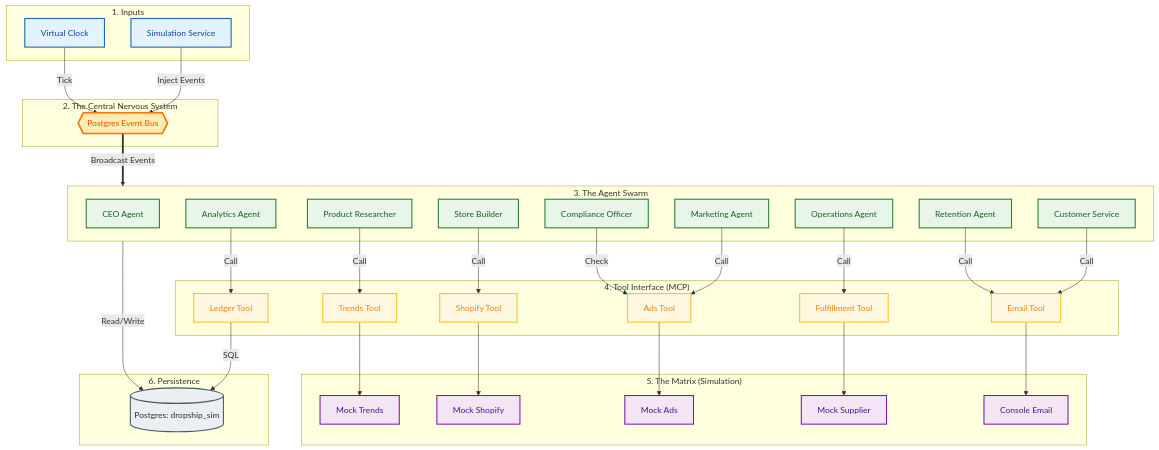
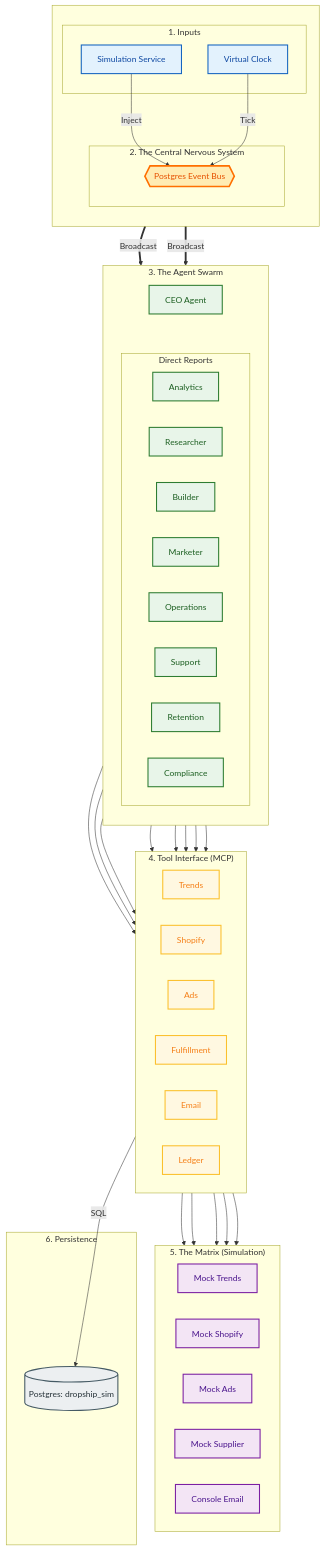
One commit to andylelli/ds1 changed the first of 2 diagrams in Documentation/Reference/ENVIRONMENT_SIMULATION_V_LIVE.md. Above: the diagram before and after it, drawn with Mermaid.

````diff
--- a/Documentation/Reference/ENVIRONMENT_SIMULATION_V_LIVE.md
+++ b/Documentation/Reference/ENVIRONMENT_SIMULATION_V_LIVE.md
@@ -32,37 +32,51 @@
   classDef mock fill:#f3e5f5,stroke:#7b1fa2,stroke-width:2px,color:#4a148c;
   classDef db fill:#eceff1,stroke:#455a64,stroke-width:2px,color:#263238;
 
-  subgraph Triggers ["1. Inputs"]
-    SimService[Simulation Service]:::trigger
-    Clock[Virtual Clock]:::trigger
+  %% --- TOP SECTION: CENTRAL CONTROL ---
+  subgraph Head [" "]
+    direction TB
+    
+    subgraph Triggers ["1. Inputs"]
+      SimService[Simulation Service]:::trigger
+      Clock[Virtual Clock]:::trigger
+    end
+
+    subgraph Central ["2. The Central Nervous System"]
+      Bus{{Postgres Event Bus}}:::hub
+    end
   end
 
-  subgraph Central ["2. The Central Nervous System"]
-    Bus{{Postgres Event Bus}}:::hub
+  %% --- MIDDLE SECTION: THE WORKFORCE ---
+  subgraph Swarm ["3. The Agent Swarm"]
+    direction TB
+    CEO[CEO Agent]:::agent
+    
+    subgraph Team ["Direct Reports"]
+      direction LR
+      Analytics[Analytics]:::agent
+      Researcher[Researcher]:::agent
+      Builder[Builder]:::agent
+      Marketer[Marketer]:::agent
+      Ops[Operations]:::agent
+      CS[Support]:::agent
+      Retention[Retention]:::agent
+      Compliance[Compliance]:::agent
+    end
   end
 
-  subgraph Swarm ["3. The Agent Swarm"]
-    CEO[CEO Agent]:::agent
-    Analytics[Analytics Agent]:::agent
-    Researcher[Product Researcher]:::agent
-    Builder[Store Builder]:::agent
-    Marketer[Marketing Agent]:::agent
-    Ops[Operations Agent]:::agent
-    CS[Customer Service]:::agent
-    Retention[Retention Agent]:::agent
-    Compliance[Compliance Officer]:::agent
-  end
-
+  %% --- BOTTOM SECTION: TOOLS & DATA ---
   subgraph MCP ["4. Tool Interface (MCP)"]
-    TrendsTool[Trends Tool]:::mcp
-    ShopTool[Shopify Tool]:::mcp
-    AdsTool[Ads Tool]:::mcp
-    FulfillTool[Fulfillment Tool]:::mcp
-    EmailTool[Email Tool]:::mcp
-    LedgerTool[Ledger Tool]:::mcp
+    direction LR
+    TrendsTool[Trends]:::mcp
+    ShopTool[Shopify]:::mcp
+    AdsTool[Ads]:::mcp
+    FulfillTool[Fulfillment]:::mcp
+    EmailTool[Email]:::mcp
+    LedgerTool[Ledger]:::mcp
   end
 
   subgraph Mocks ["5. The Matrix (Simulation)"]
+    direction LR
     MockTrends[Mock Trends]:::mock
     MockShop[Mock Shopify]:::mock
     MockAds[Mock Ads]:::mock
@@ -75,19 +89,23 @@
   end
 
   %% Wiring
-  SimService -->|Inject Events| Bus
+  SimService -->|Inject| Bus
   Clock -->|Tick| Bus
-  Bus ==>|Broadcast Events| Swarm
+  Bus ==>|Broadcast| CEO
+  Bus ==>|Broadcast| Team
+
+  %% Org Chart Visuals
+  CEO ~~~ Team
 
   %% Agent -> Tool Connections
-  Researcher -->|Call| TrendsTool
-  Builder -->|Call| ShopTool
-  Marketer -->|Call| AdsTool
-  Ops -->|Call| FulfillTool
-  CS -->|Call| EmailTool
-  Retention -->|Call| EmailTool
-  Analytics -->|Call| LedgerTool
-  Compliance -->|Check| AdsTool
+  Researcher --> TrendsTool
+  Builder --> ShopTool
+  Marketer --> AdsTool
+  Ops --> FulfillTool
+  CS --> EmailTool
+  Retention --> EmailTool
+  Analytics --> LedgerTool
+  Compliance --> AdsTool
 
   %% Tool -> Mock Connections
   TrendsTool --> MockTrends
@@ -97,6 +115,6 @@
   EmailTool --> MockEmail
   
   %% Data
-  Swarm -->|Read/Write| DB
+  CEO ~~~ DB
   LedgerTool -->|SQL| DB
 ```
````
